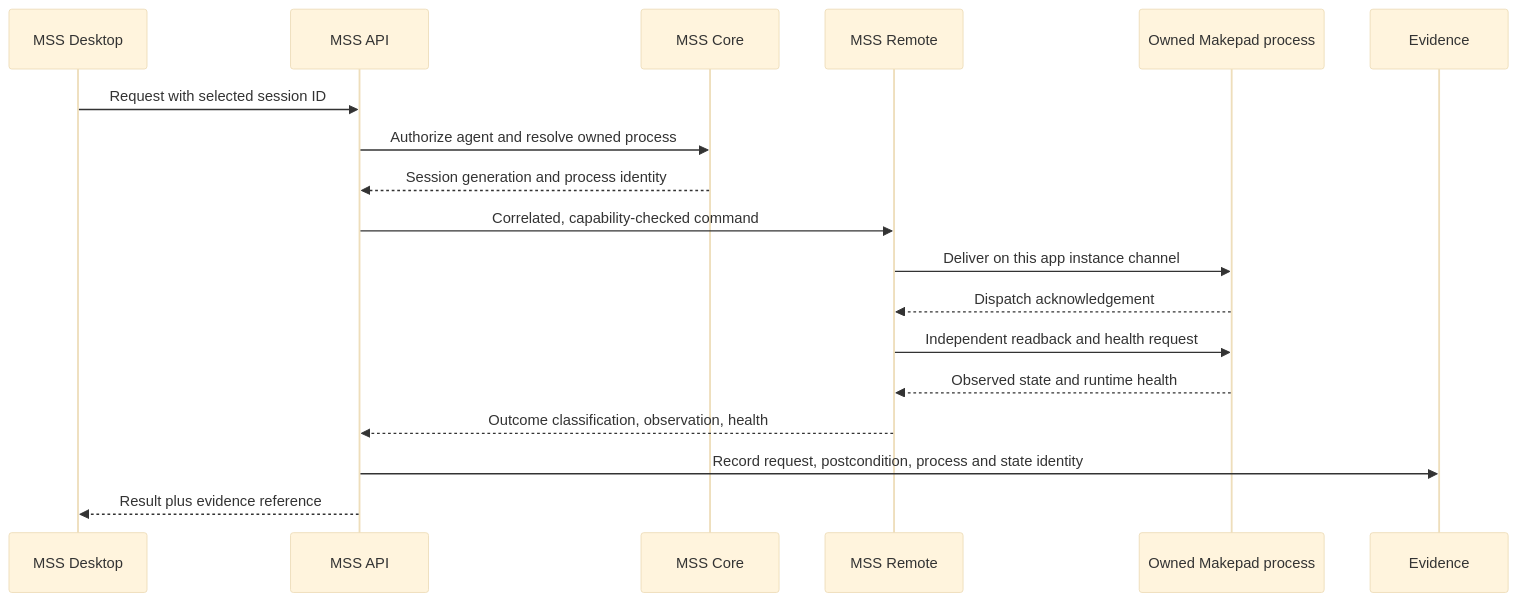
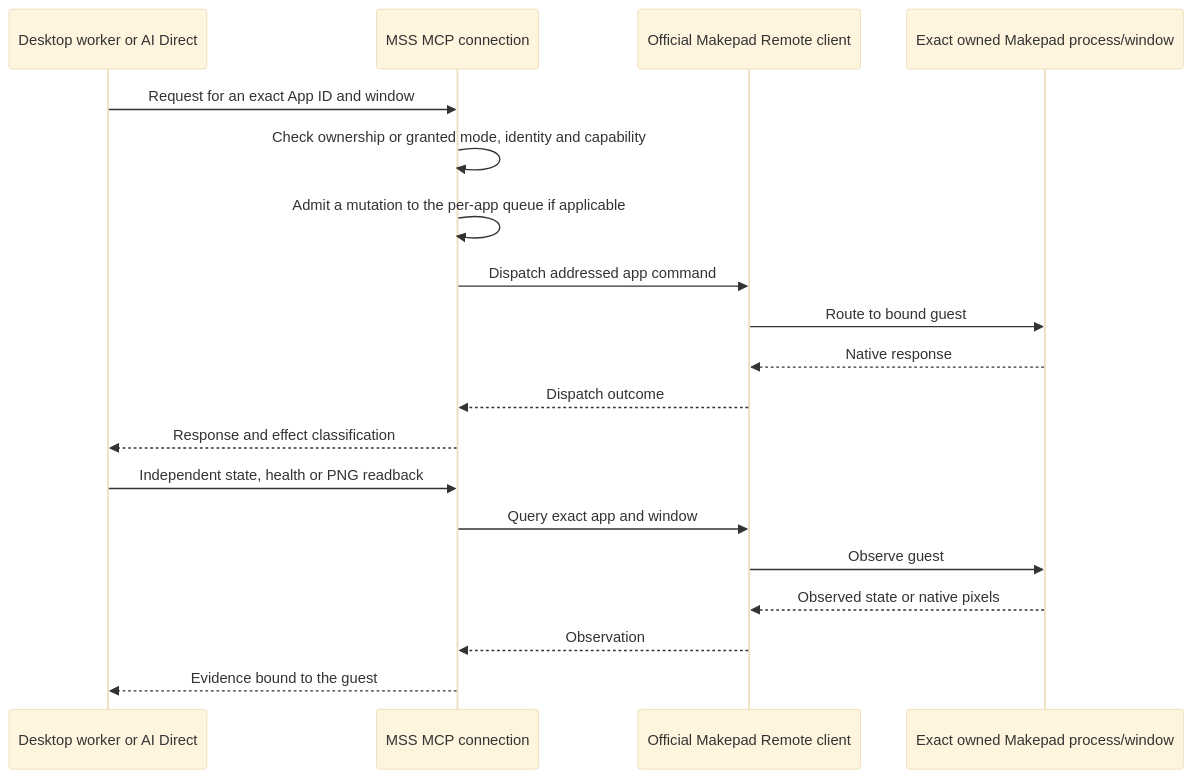
One commit to paulgreenbox-beep/makepad-sandstudio changed the second of 4 diagrams in doc/maps.md. Above: the diagram before and after it, drawn with Mermaid (base theme). The commit also changed other lines of this file and 42 other files, not shown here.

Commit message:
docs: align Windows preview architecture and agent guidance

````diff
--- a/doc/maps.md
+++ b/doc/maps.md
@@ -33,20 +27,21 @@
-~~~mermaid
+```mermaid
 sequenceDiagram
-  participant D as MSS Desktop
-  participant A as MSS API
-  participant C as MSS Core
-  participant R as MSS Remote
-  participant P as Owned Makepad process
-  participant E as Evidence
-  D->>A: Request with selected session ID
-  A->>C: Authorize agent and resolve owned process
-  C-->>A: Session generation and process identity
-  A->>R: Correlated, capability-checked command
-  R->>P: Deliver on this app instance channel
-  P-->>R: Dispatch acknowledgement
-  R->>P: Independent readback and health request
-  P-->>R: Observed state and runtime health
-  R-->>A: Outcome classification, observation, health
-  A->>E: Record request, postcondition, process and state identity
-  A-->>D: Result plus evidence reference
-~~~
+    participant Caller as Desktop worker or AI Direct
+    participant MSS as MSS MCP connection
+    participant Remote as Official Makepad Remote client
+    participant App as Exact owned Makepad process/window
+    Caller->>MSS: Request for an exact App ID and window
+    MSS->>MSS: Check ownership or granted mode, identity and capability
+    MSS->>MSS: Admit a mutation to the per-app queue if applicable
+    MSS->>Remote: Dispatch addressed app command
+    Remote->>App: Route to bound guest
+    App-->>Remote: Native response
+    Remote-->>MSS: Dispatch outcome
+    MSS-->>Caller: Response and effect classification
+    Caller->>MSS: Independent state, health or PNG readback
+    MSS->>Remote: Query exact app and window
+    Remote->>App: Observe guest
+    App-->>Remote: Observed state or native pixels
+    Remote-->>MSS: Observation
+    MSS-->>Caller: Evidence bound to the guest
+```
````
